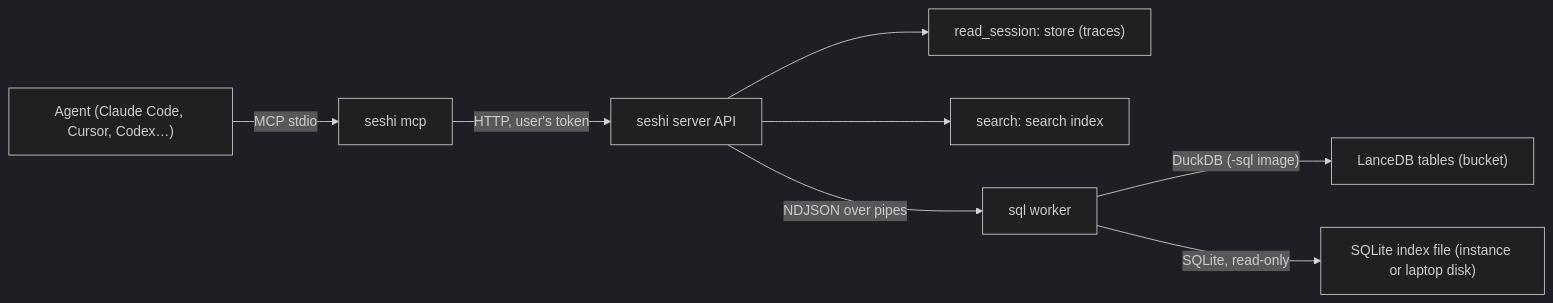
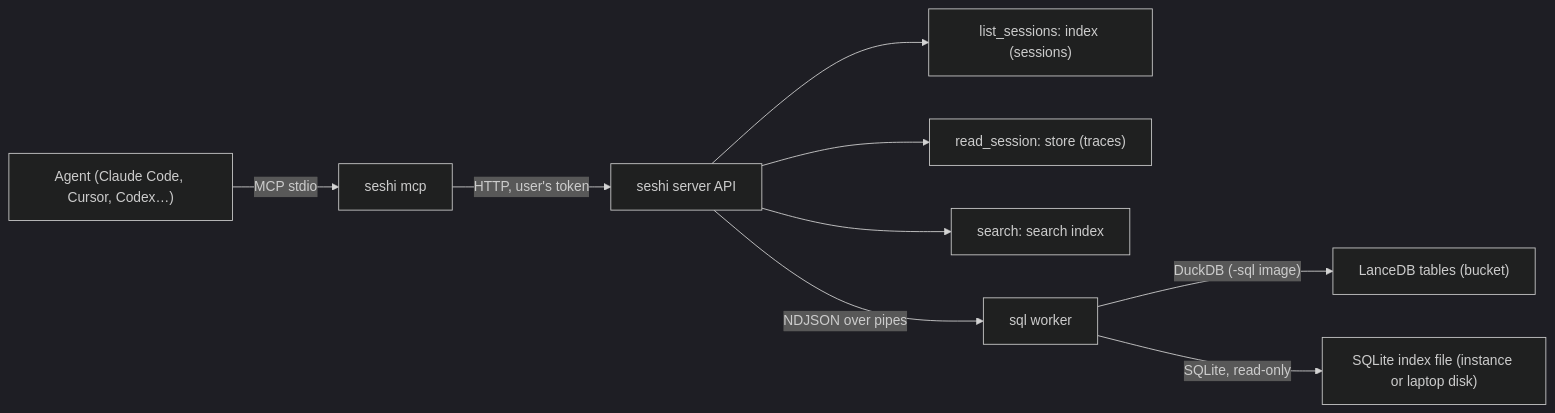
The diagram in docs/seshi/session-tools.md (dosu-ai/seshi), drawn with Mermaid (dark theme) before and after one commit. The commit also changed other lines of this file, not shown here.

First line of the commit message:
docs: add list_sessions and the tool shapes considered

````diff
--- a/docs/seshi/session-tools.md
+++ b/docs/seshi/session-tools.md
@@ -54,10 +56,11 @@
 ```mermaid
 flowchart LR
     A["Agent (Claude Code, Cursor, Codex…)"] -->|MCP stdio| M["seshi mcp"]
     M -->|HTTP, user's token| API["seshi server API"]
+    API --> LS["list_sessions: index (sessions)"]
     API --> RS["read_session: store (traces)"]
     API --> S["search: search index"]
     API -->|NDJSON over pipes| W["sql worker"]
     W -->|"DuckDB (-sql image)"| L["LanceDB tables (bucket)"]
     W -->|"SQLite, read-only"| Q["SQLite index file (instance or laptop disk)"]
 ```
````
